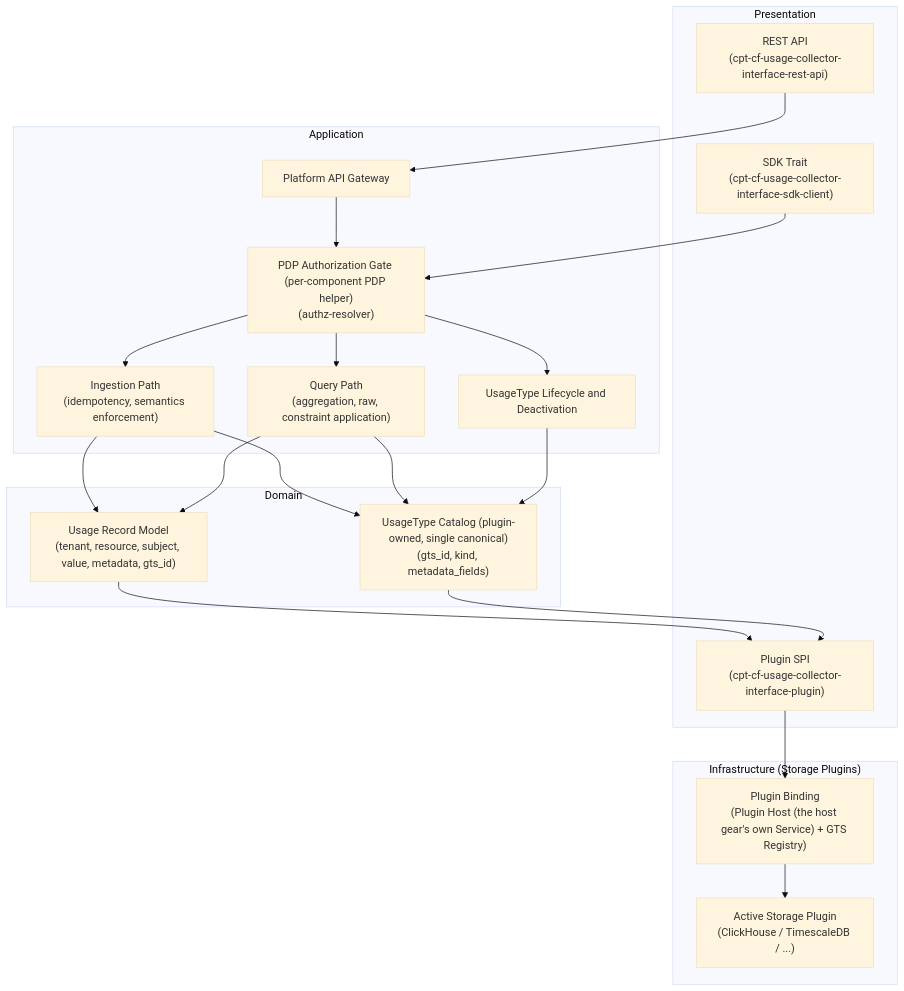
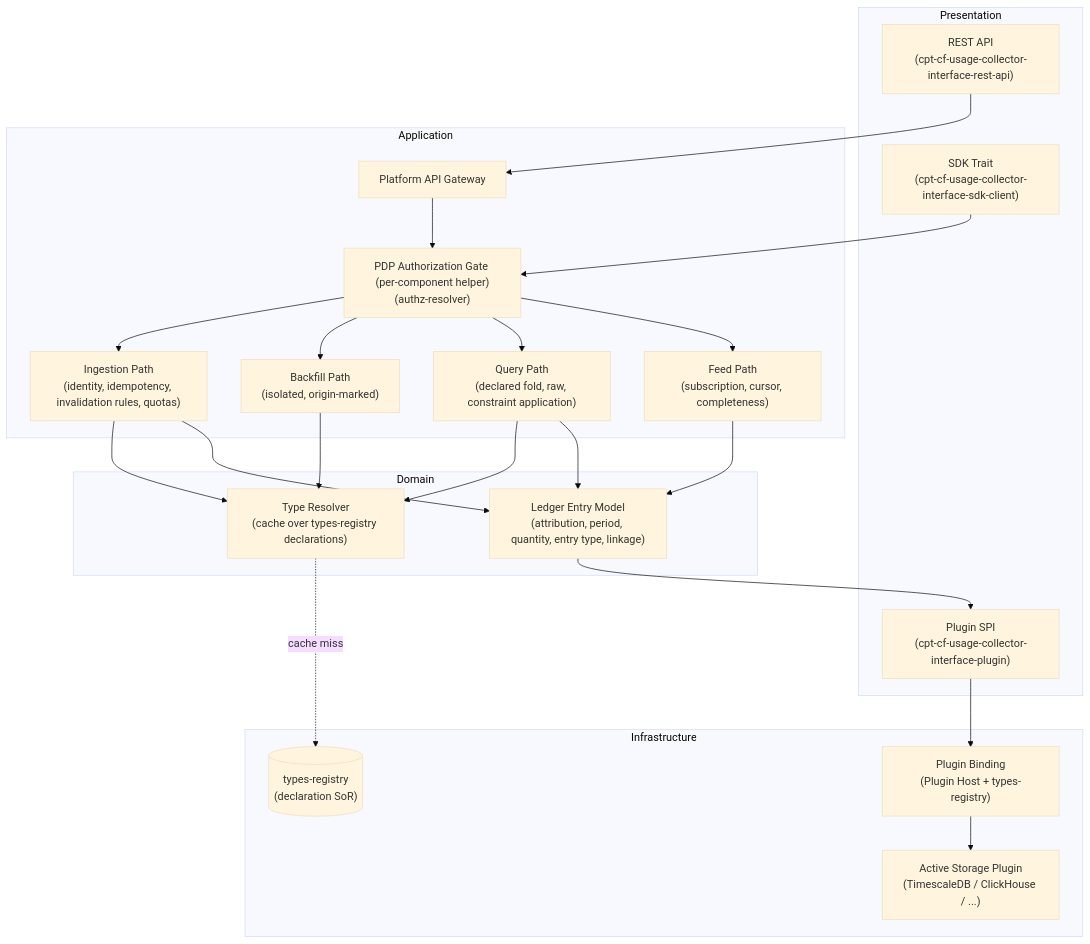
The first of 8 diagrams in gears/system/usage-collector/docs/DESIGN.md (Andrei-Iliushin-Constructor/gears-rust), drawn with Mermaid (base theme) before and after one commit. The commit also changed other lines of this file and 38 other files, not shown here.

First line of the commit message:
docs(usage-collector)!: rework the metering model

````diff
--- a/gears/system/usage-collector/docs/DESIGN.md
+++ b/gears/system/usage-collector/docs/DESIGN.md
@@ -104,38 +135,42 @@
 ```mermaid
 flowchart TB
     subgraph Presentation["Presentation"]
         REST["REST API<br/>(cpt-cf-usage-collector-interface-rest-api)"]
         SDK["SDK Trait<br/>(cpt-cf-usage-collector-interface-sdk-client)"]
         SPI["Plugin SPI<br/>(cpt-cf-usage-collector-interface-plugin)"]
     end
     subgraph Application["Application"]
         Gateway["Platform API Gateway"]
-        AuthGate["PDP Authorization Gate (per-component PDP helper)<br/>(authz-resolver)"]
-        IngestPath["Ingestion Path<br/>(idempotency, semantics enforcement)"]
-        QueryPath["Query Path<br/>(aggregation, raw, constraint application)"]
-        Lifecycle["UsageType Lifecycle and Deactivation"]
+        AuthGate["PDP Authorization Gate (per-component helper)<br/>(authz-resolver)"]
+        IngestPath["Ingestion Path<br/>(identity, idempotency, invalidation rules, quotas)"]
+        Backfill["Backfill Path<br/>(isolated, origin-marked)"]
+        QueryPath["Query Path<br/>(declared fold, raw, constraint application)"]
+        FeedPath["Feed Path<br/>(subscription, cursor, completeness)"]
     end
     subgraph Domain["Domain"]
-        Catalog["UsageType Catalog (plugin-owned, single canonical)<br/>(gts_id, kind, metadata_fields)"]
-        Records["Usage Record Model<br/>(tenant, resource, subject, value, metadata, gts_id)"]
+        Resolver["Type Resolver<br/>(cache over types-registry declarations)"]
+        Records["Ledger Entry Model<br/>(attribution, period, quantity, entry type, linkage)"]
     end
-    subgraph Infrastructure["Infrastructure (Storage Plugins)"]
-        Binding["Plugin Binding<br/>(Plugin Host (the host gear's own Service) + GTS Registry)"]
-        Plugins["Active Storage Plugin<br/>(ClickHouse / TimescaleDB / ...)"]
+    subgraph Infrastructure["Infrastructure"]
+        Registry[("types-registry<br/>(declaration SoR)")]
+        Binding["Plugin Binding<br/>(Plugin Host + types-registry)"]
+        Plugins["Active Storage Plugin<br/>(TimescaleDB / ClickHouse / ...)"]
     end
     REST --> Gateway
     SDK --> AuthGate
     Gateway --> AuthGate
     AuthGate --> IngestPath
+    AuthGate --> Backfill
     AuthGate --> QueryPath
-    AuthGate --> Lifecycle
-    IngestPath --> Catalog
-    QueryPath --> Catalog
+    AuthGate --> FeedPath
+    IngestPath --> Resolver
+    Backfill --> Resolver
+    QueryPath --> Resolver
+    FeedPath --> Records
+    Resolver -.->|cache miss| Registry
     IngestPath --> Records
     QueryPath --> Records
-    Lifecycle --> Catalog
     Records --> SPI
-    Catalog --> SPI
     SPI --> Binding
     Binding --> Plugins
 ```
````
